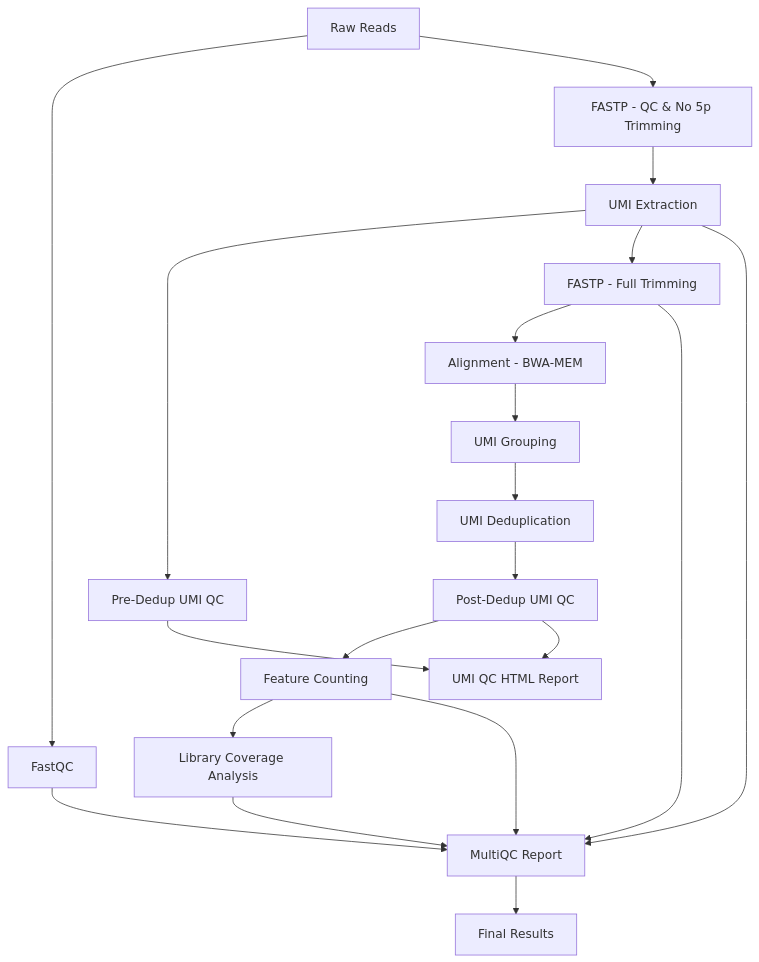
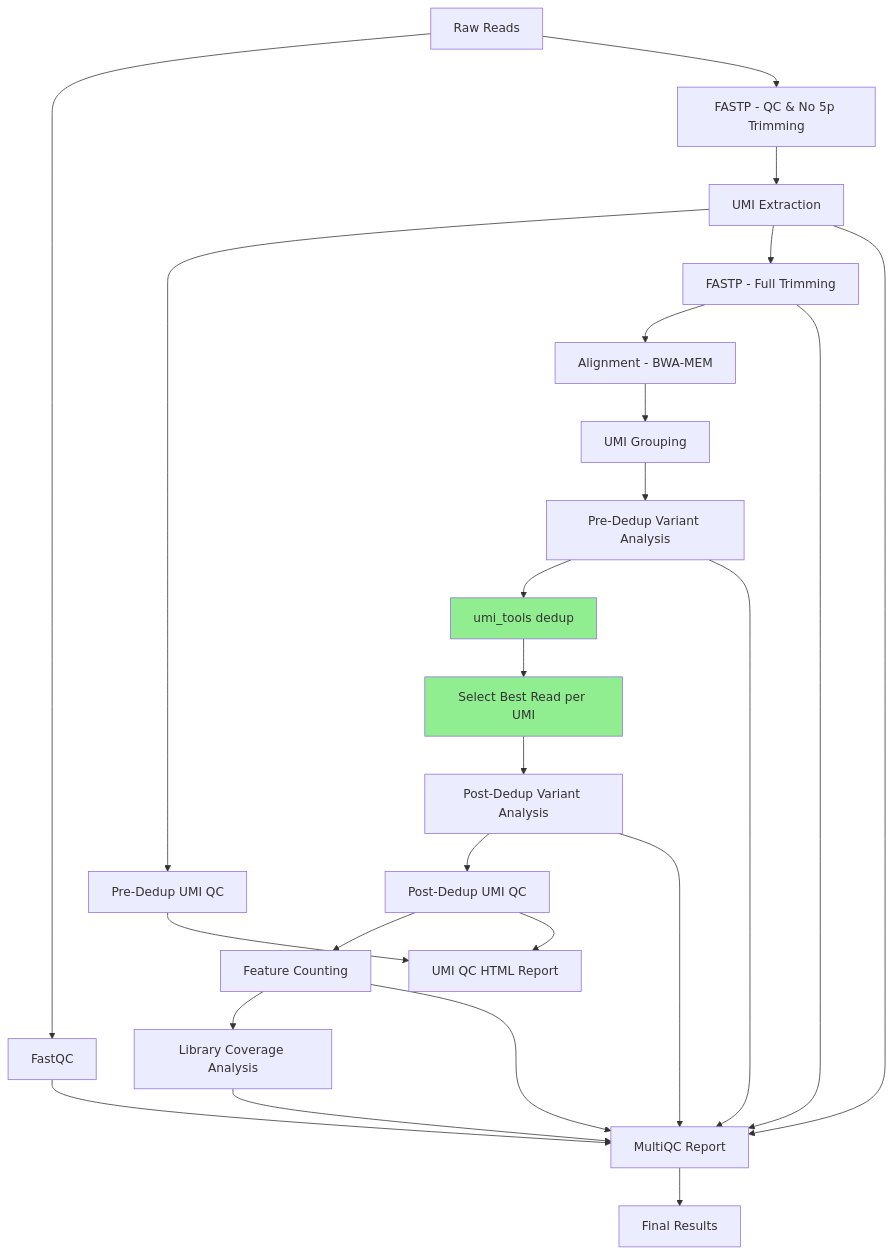
One commit to mgl0619/umi_amplicon changed the diagram in README.md. Above: the diagram before and after it, drawn with Mermaid. The commit also changed other lines of this file and 30 other files, not shown here.

````diff
--- a/README.md
+++ b/README.md
@@ -187,22 +237,35 @@
 ```mermaid
 graph TD
     A[Raw Reads] --> B[FastQC]
     A --> C[FASTP - QC & No 5p Trimming]
     C --> D[UMI Extraction]
     D --> E[Pre-Dedup UMI QC]
     D --> F[FASTP - Full Trimming]
     F --> G[Alignment - BWA-MEM]
     G --> H[UMI Grouping]
-    H --> I[UMI Deduplication]
-    I --> J[Post-Dedup UMI QC]
-    J --> K[Feature Counting]
-    K --> L[Library Coverage Analysis]
-    E --> M[UMI QC HTML Report]
-    J --> M[UMI QC HTML Report]
-    B --> N[MultiQC Report]
-    D --> N[MultiQC Report]
-    F --> N[MultiQC Report]
-    K --> N[MultiQC Report]
-    L --> N[MultiQC Report]
-    N --> O[Final Results]
+    H --> I[Pre-Dedup Variant Analysis]
+    
+    I --> K[umi_tools dedup]
+    K --> K1[Select Best Read per UMI]
+    K1 --> N[Post-Dedup Variant Analysis]
+    
+    N --> O[Post-Dedup UMI QC]
+    O --> P[Feature Counting]
+    P --> Q[Library Coverage Analysis]
+    
+    E --> R[UMI QC HTML Report]
+    O --> R
+    
+    B --> S[MultiQC Report]
+    D --> S
+    F --> S
+    I --> S
+    N --> S
+    P --> S
+    Q --> S
+    
+    S --> T[Final Results]
+    
+    style K fill:#90EE90
+    style K1 fill:#90EE90
 ```
````
